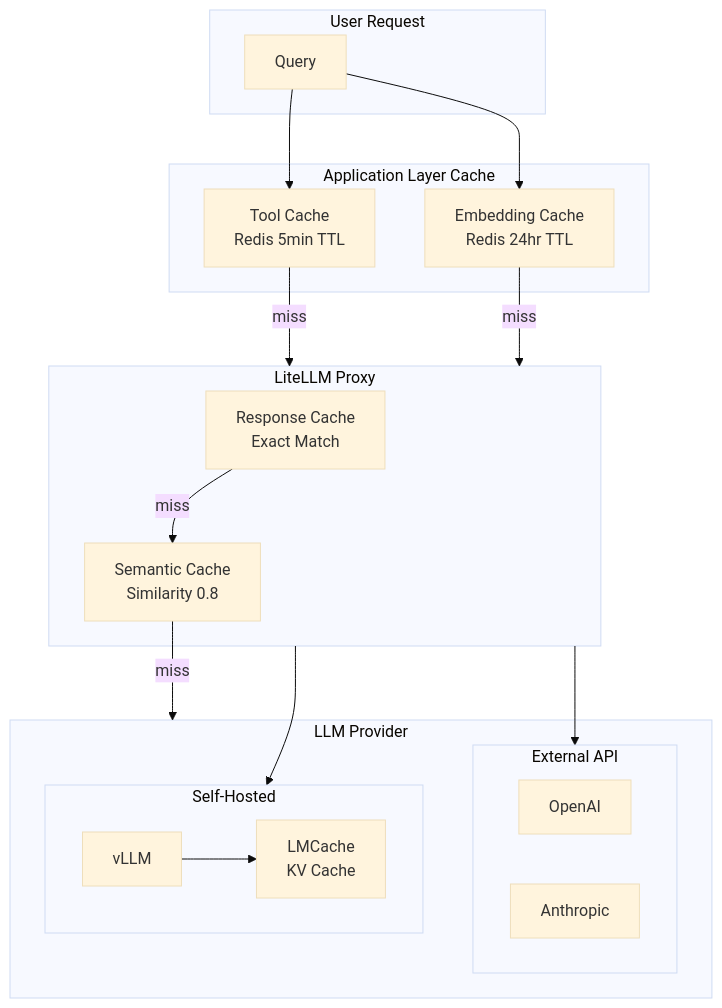
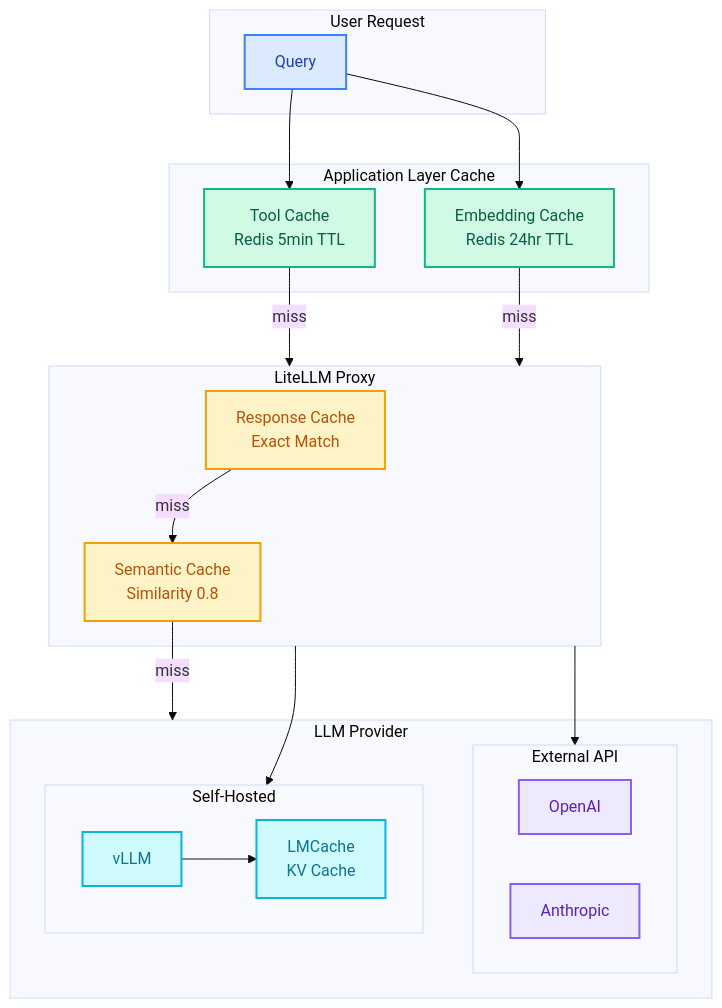
The diagram in docs/assets/diagrams/future_improvements/caching_layers.mmd (mhokchuekchuek/mtl_agent), drawn with Mermaid (base theme) before and after one commit. The commit also changed 10 other files, not shown here.

Commit message:
docs: update mermaid diagram files

```diff
--- a/docs/assets/diagrams/future_improvements/caching_layers.mmd
+++ b/docs/assets/diagrams/future_improvements/caching_layers.mmd
@@ -1,37 +1,49 @@
 flowchart TB
     subgraph Request["User Request"]
         Q[Query]
     end
 
     subgraph AppCache["Application Layer Cache"]
         TC[Tool Cache<br/>Redis 5min TTL]
         EC[Embedding Cache<br/>Redis 24hr TTL]
     end
 
     subgraph LiteLLM["LiteLLM Proxy"]
         RC[Response Cache<br/>Exact Match]
         SC[Semantic Cache<br/>Similarity 0.8]
     end
 
     subgraph Provider["LLM Provider"]
         subgraph API["External API"]
             OAI[OpenAI]
             ANT[Anthropic]
         end
         subgraph SelfHosted["Self-Hosted"]
             VLLM[vLLM]
             LMC[LMCache<br/>KV Cache]
         end
     end
 
     Q --> TC
     Q --> EC
     TC -->|miss| LiteLLM
     EC -->|miss| LiteLLM
 
     RC -->|miss| SC
     SC -->|miss| Provider
 
     LiteLLM --> API
     LiteLLM --> SelfHosted
     VLLM --> LMC
+
+    classDef request fill:#dbeafe,stroke:#3b82f6,stroke-width:2px,color:#1e40af
+    classDef appcache fill:#d1fae5,stroke:#10b981,stroke-width:2px,color:#065f46
+    classDef proxy fill:#fef3c7,stroke:#f59e0b,stroke-width:2px,color:#b45309
+    classDef external fill:#ede9fe,stroke:#8b5cf6,stroke-width:2px,color:#5b21b6
+    classDef selfhost fill:#cffafe,stroke:#06b6d4,stroke-width:2px,color:#0e7490
+
+    class Q request
+    class TC,EC appcache
+    class RC,SC proxy
+    class OAI,ANT external
+    class VLLM,LMC selfhost
```
